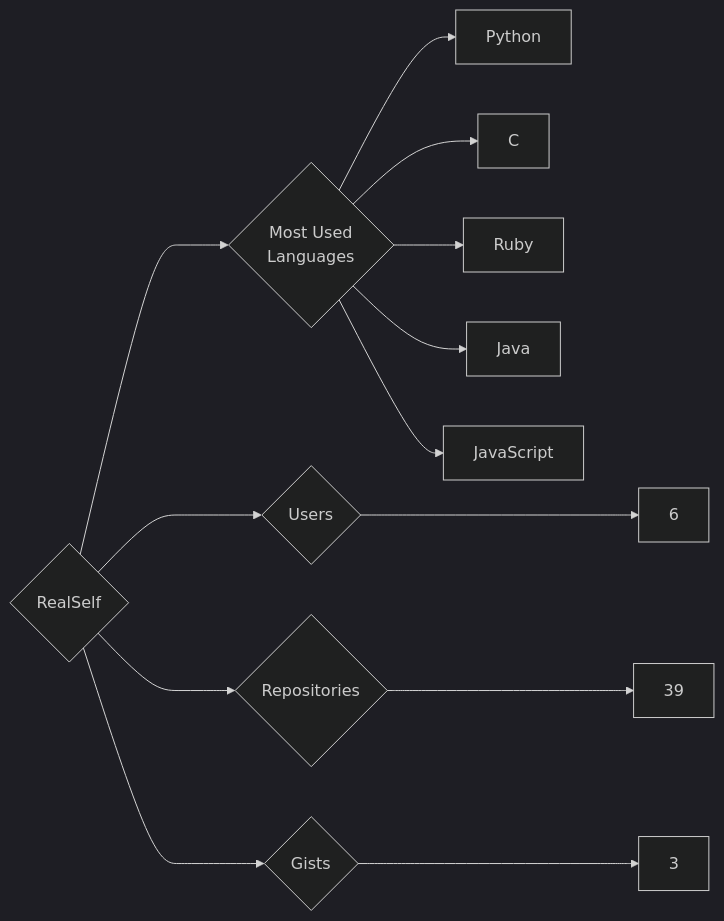
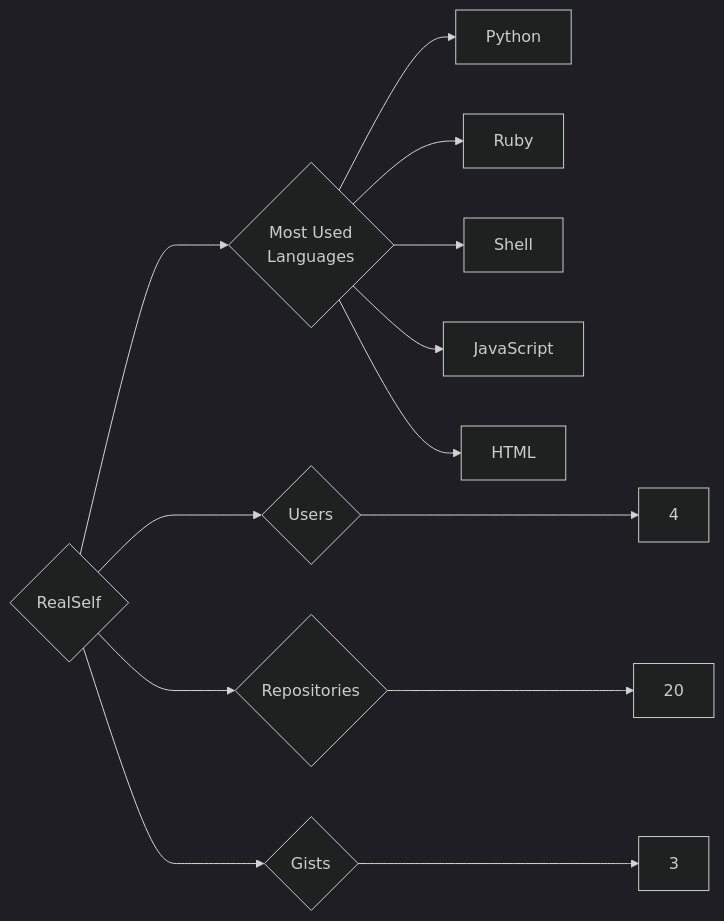
The diagram in targets/RealSelf/README.md (trickest/insiders), drawn with Mermaid (dark theme) before and after one commit. The commit also changed 928 other files, not shown here.

````diff
--- a/targets/RealSelf/README.md
+++ b/targets/RealSelf/README.md
@@ -3,13 +3,13 @@
 ```mermaid
 graph LR
 COMPANY_NAME{RealSelf}
-COMPANY_NAME ---> U{Users} ---> UN[6]
-COMPANY_NAME ---> R{Repositories} ---> RN[39]
+COMPANY_NAME ---> U{Users} ---> UN[4]
+COMPANY_NAME ---> R{Repositories} ---> RN[20]
 COMPANY_NAME ---> G{Gists} ---> GN[3]
 COMPANY_NAME ---> ML{Most Used<br>Languages}
 ML --> Python[Python]
-ML --> C[C]
 ML --> Ruby[Ruby]
-ML --> Java[Java]
+ML --> Shell[Shell]
 ML --> JavaScript[JavaScript]
+ML --> HTML[HTML]
 ```
````
